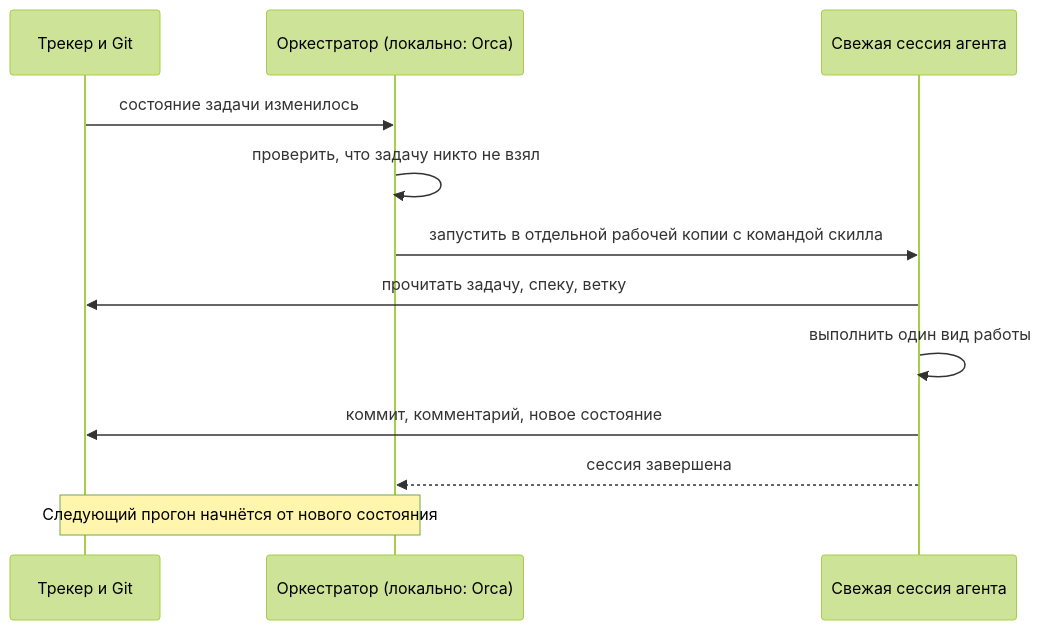
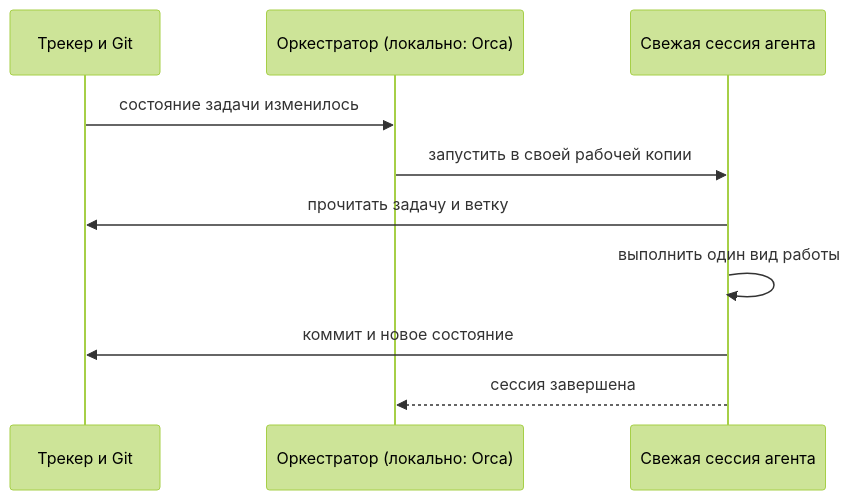
The fifth of 7 diagrams in docs/research/factory-pipeline.ru.md (KirillSachkov/agent-kit), drawn with Mermaid (forest theme) before and after one commit. The commit also changed other lines of this file, not shown here.

Commit message:
Split the factory pipeline into simple diagrams

````diff
--- a/docs/research/factory-pipeline.ru.md
+++ b/docs/research/factory-pipeline.ru.md
@@ -79,14 +75,12 @@
 ```mermaid
 sequenceDiagram
     participant T as Трекер и Git
     participant O as Оркестратор (локально: Orca)
     participant A as Свежая сессия агента
     T->>O: состояние задачи изменилось
-    O->>O: проверить, что задачу никто не взял
-    O->>A: запустить в отдельной рабочей копии с командой скилла
-    A->>T: прочитать задачу, спеку, ветку
+    O->>A: запустить в своей рабочей копии
+    A->>T: прочитать задачу и ветку
     A->>A: выполнить один вид работы
-    A->>T: коммит, комментарий, новое состояние
+    A->>T: коммит и новое состояние
     A-->>O: сессия завершена
-    Note over T,O: Следующий прогон начнётся от нового состояния
 ```
````
